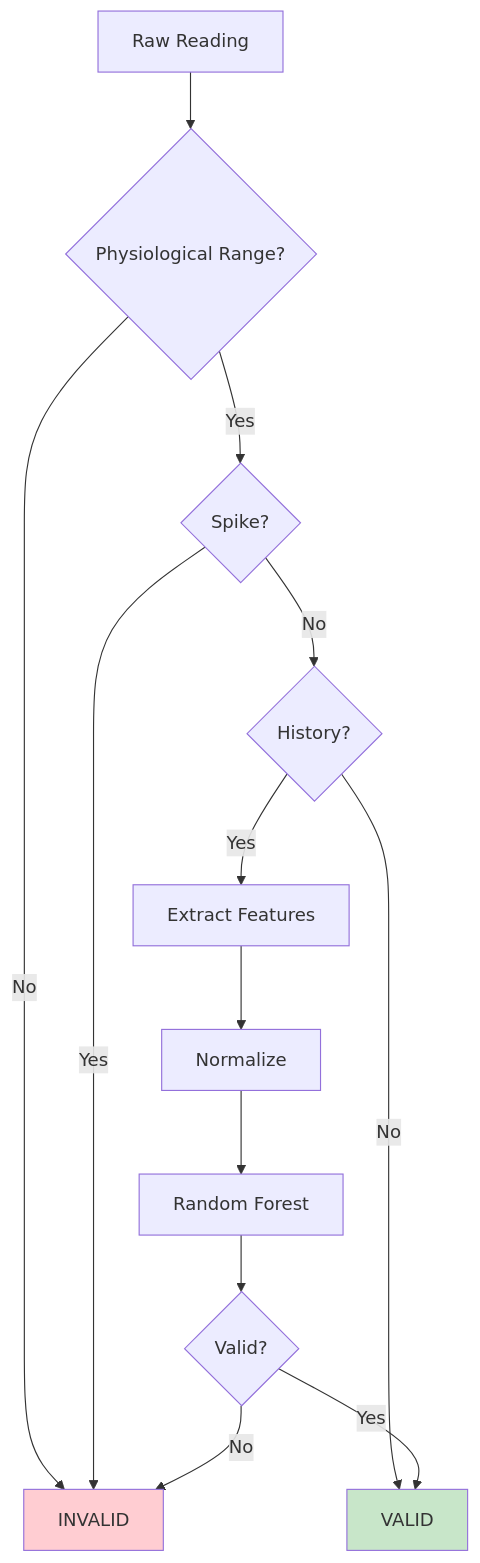
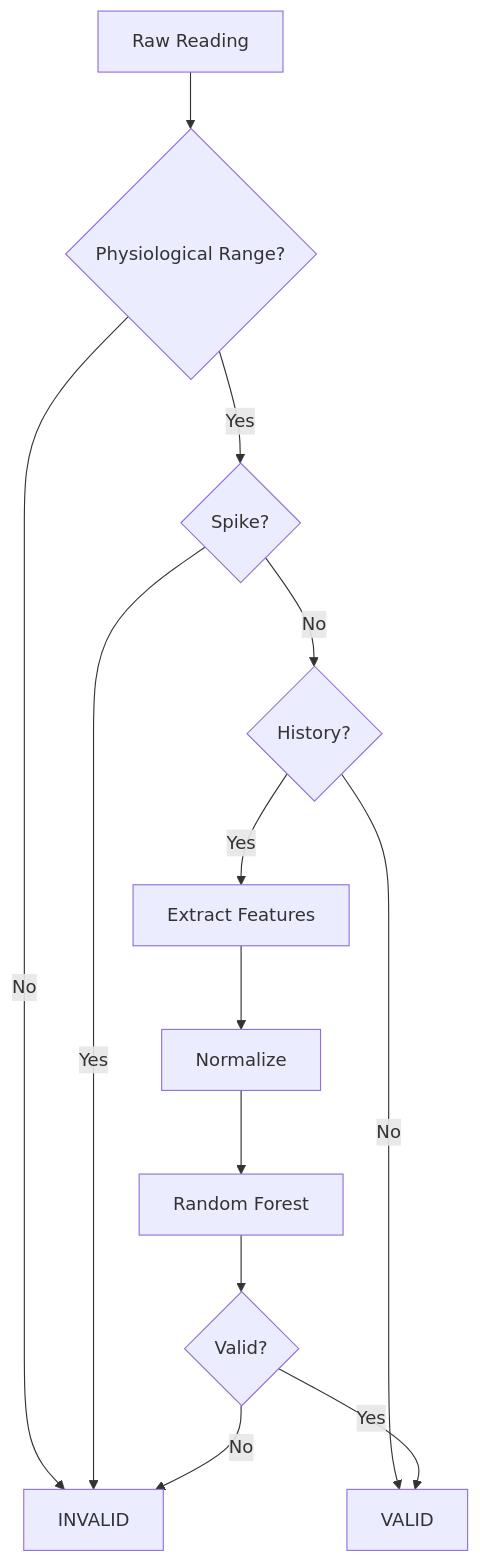
Before and after one commit to Emad-itbme/IoT-Health-Monitoring-System: the third of 3 diagrams in README.md, drawn with Mermaid. The commit also changed other lines of this file, not shown here.

````diff
--- a/README.md
+++ b/README.md
@@ -386,18 +380,16 @@
 ```mermaid
 flowchart TD
     A["Raw Reading"] --> B{"Physiological Range?"}
     B -->|No| C[" INVALID"]
     B -->|Yes| D{"Spike?"}
     D -->|Yes| C
     D -->|No| E{"History?"}
     E -->|No| F[" VALID"]
     E -->|Yes| G["Extract Features"]
     G --> H["Normalize"]
     H --> I["Random Forest"]
     I --> J{"Valid?"}
     J -->|No| C
     J -->|Yes| F
-    
-    style C fill:#ffcdd2
-    style F fill:#c8e6c9
+
 ```
````
